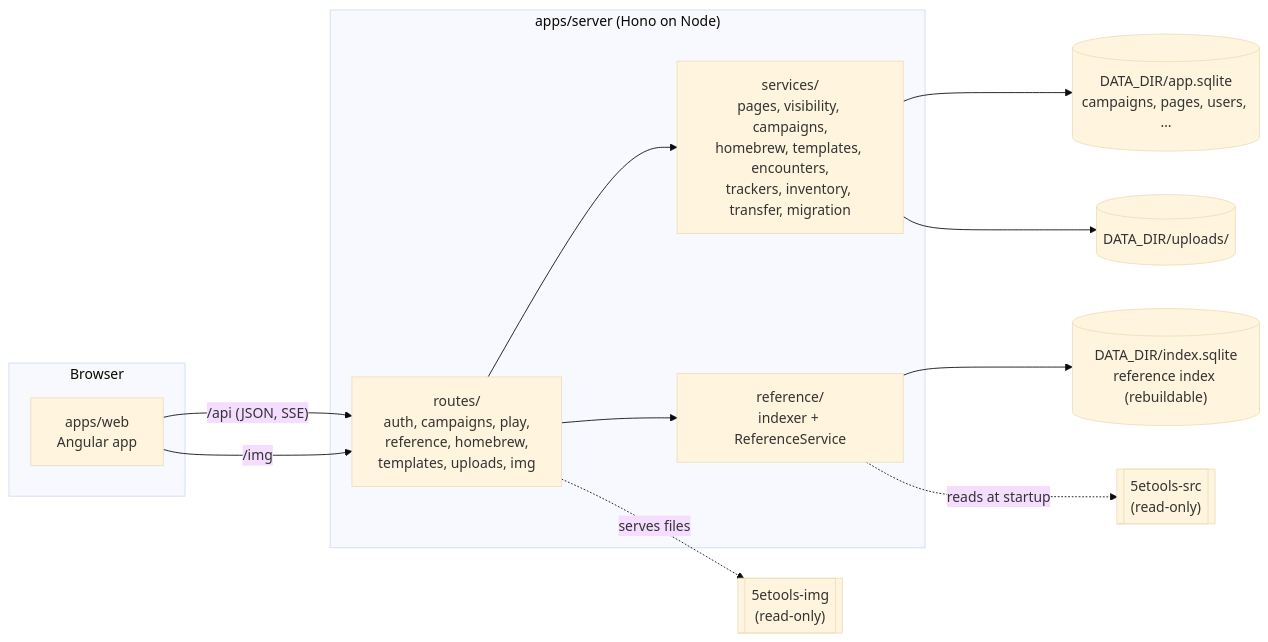
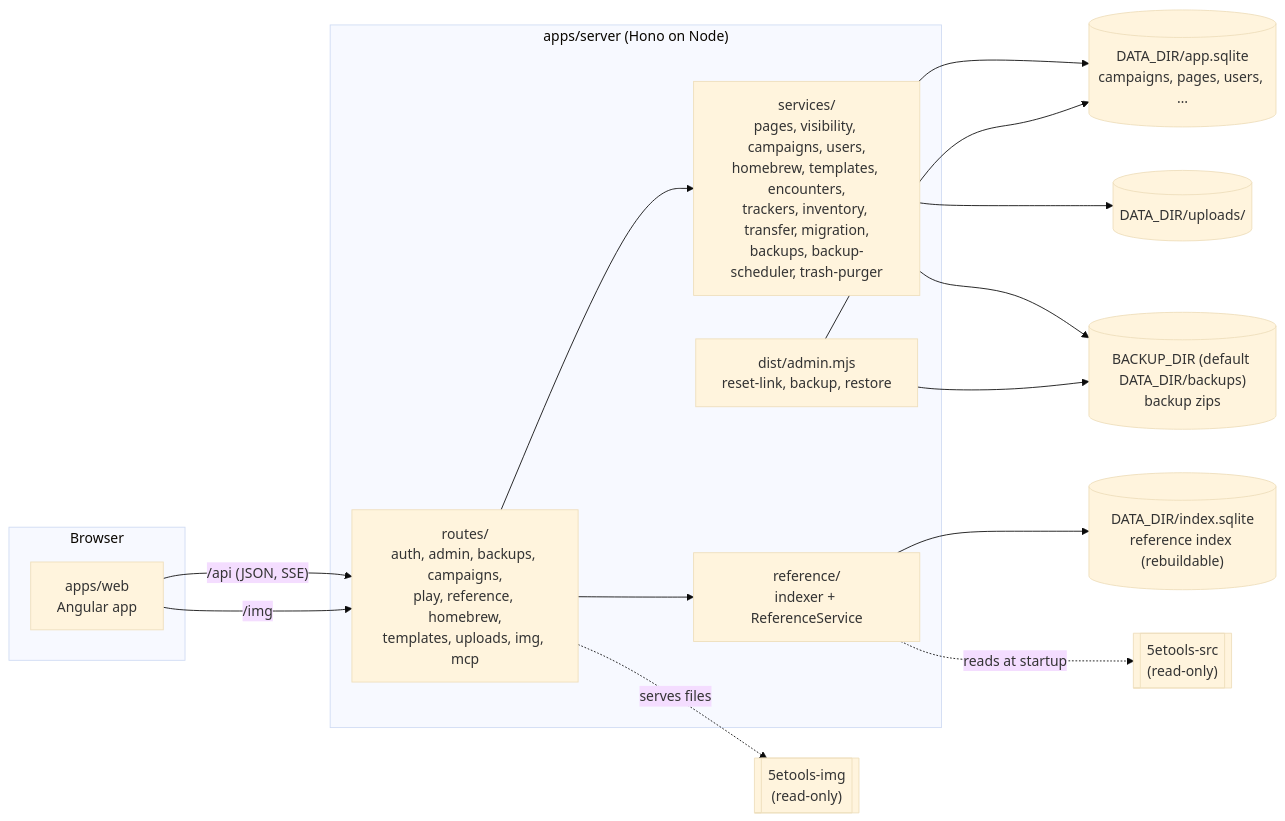
Before and after one commit to Merilairon/critical-notes: the first of 2 diagrams in docs/ARCHITECTURE.md, drawn with Mermaid (base theme). The commit also changed other lines of this file and 8 other files, not shown here.

````diff
--- a/docs/ARCHITECTURE.md
+++ b/docs/ARCHITECTURE.md
@@ -8,26 +8,31 @@
 ```mermaid
 flowchart LR
   subgraph Browser
     web["apps/web<br/>Angular app"]
   end
   subgraph Server["apps/server (Hono on Node)"]
-    routes["routes/<br/>auth, campaigns, play,<br/>reference, homebrew,<br/>templates, uploads, img"]
-    services["services/<br/>pages, visibility, campaigns,<br/>homebrew, templates, encounters,<br/>trackers, inventory, transfer, migration"]
+    routes["routes/<br/>auth, admin, backups, campaigns,<br/>play, reference, homebrew,<br/>templates, uploads, img, mcp"]
+    services["services/<br/>pages, visibility, campaigns, users,<br/>homebrew, templates, encounters,<br/>trackers, inventory, transfer, migration,<br/>backups, backup-scheduler, trash-purger"]
     indexer["reference/<br/>indexer + ReferenceService"]
+    cli["dist/admin.mjs<br/>reset-link, backup, restore"]
   end
   appdb[("DATA_DIR/app.sqlite<br/>campaigns, pages, users, …")]
   indexdb[("DATA_DIR/index.sqlite<br/>reference index (rebuildable)")]
   uploads[("DATA_DIR/uploads/")]
+  backups[("BACKUP_DIR (default DATA_DIR/backups)<br/>backup zips")]
   src[["5etools-src<br/>(read-only)"]]
   img[["5etools-img<br/>(read-only)"]]
 
   web -- "/api (JSON, SSE)" --> routes
   web -- "/img" --> routes
   routes --> services
   services --> appdb
   services --> uploads
   routes --> indexer
   indexer --> indexdb
   indexer -. "reads at startup" .-> src
   routes -. "serves files" .-> img
+  services --> backups
+  cli --> appdb
+  cli --> backups
 ```
````
